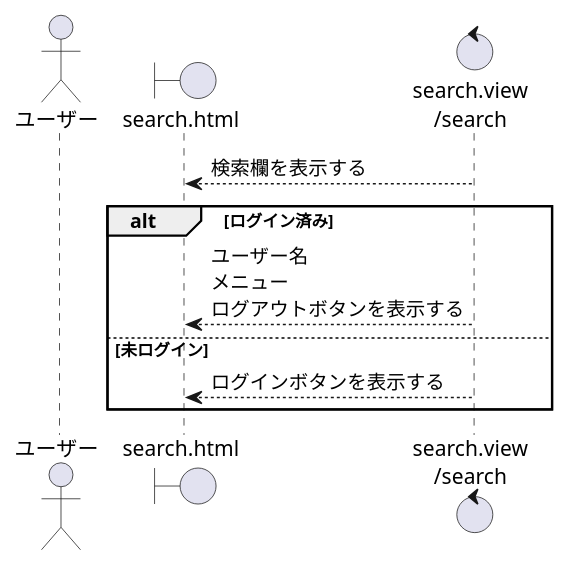
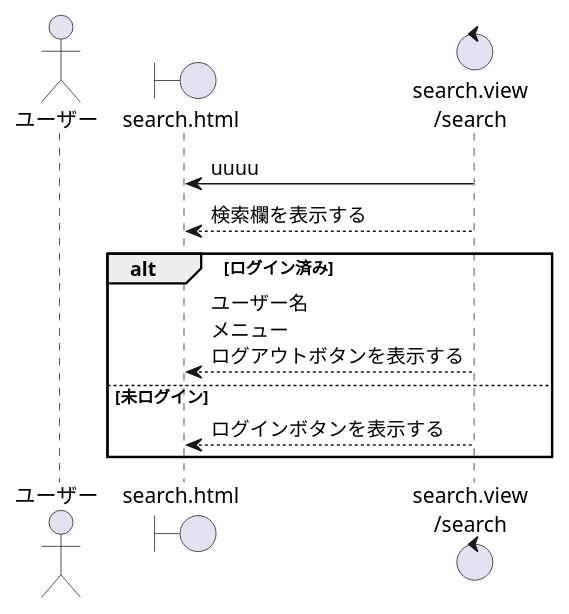
Before and after one commit to RK0309-art/gith_full_course: the first of 14 diagrams in シーケンス図_書籍検索システム_django.puml, drawn with PlantUML. The commit also changed other lines of this file, not shown here.

```diff
--- a/シーケンス図_書籍検索システム_django.puml
+++ b/シーケンス図_書籍検索システム_django.puml
@@ -1,13 +1,13 @@
 @startuml 検索画面を表示する
 actor ユーザー as U
 boundary "search.html" as SH
 control "search.view\n/search" as SV
- 
+ SV-> SH :uuuu
 SV --> SH : 検索欄を表示する
 alt ログイン済み
 SV --> SH : ユーザー名\nメニュー\nログアウトボタンを表示する
 else 未ログイン
 SV --> SH : ログインボタンを表示する
 end
  
 @enduml
```
